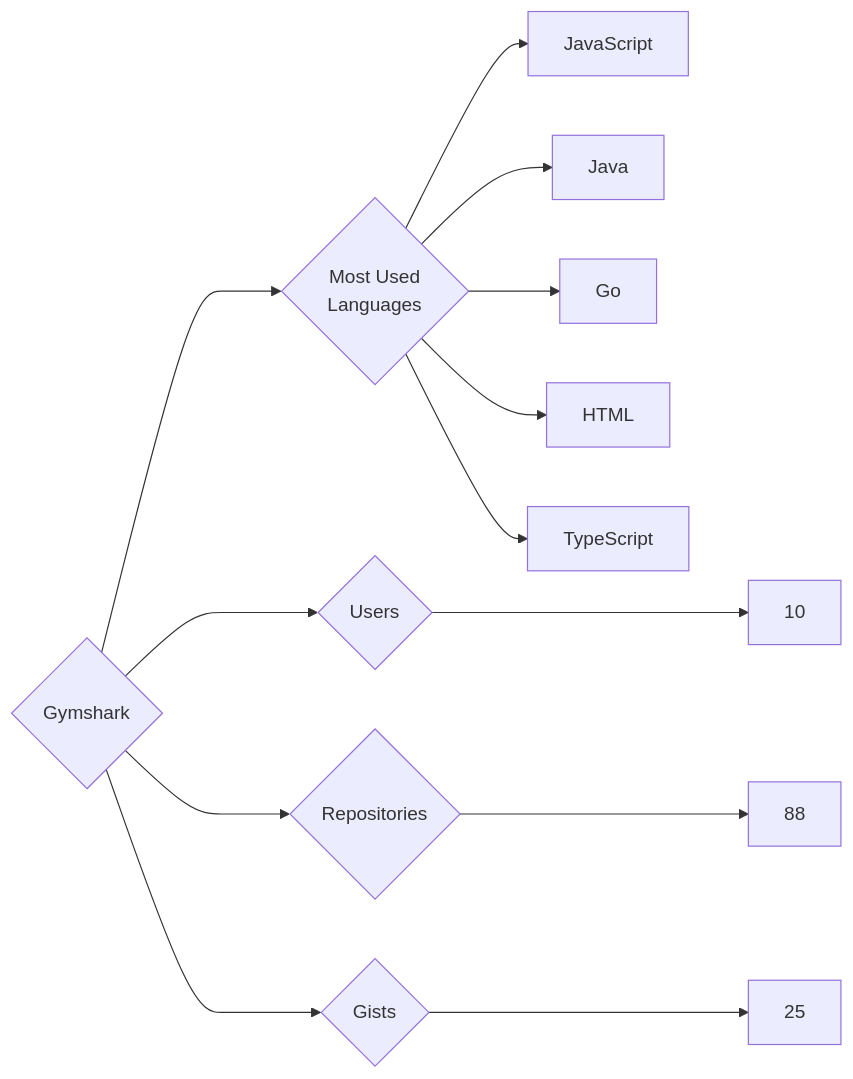
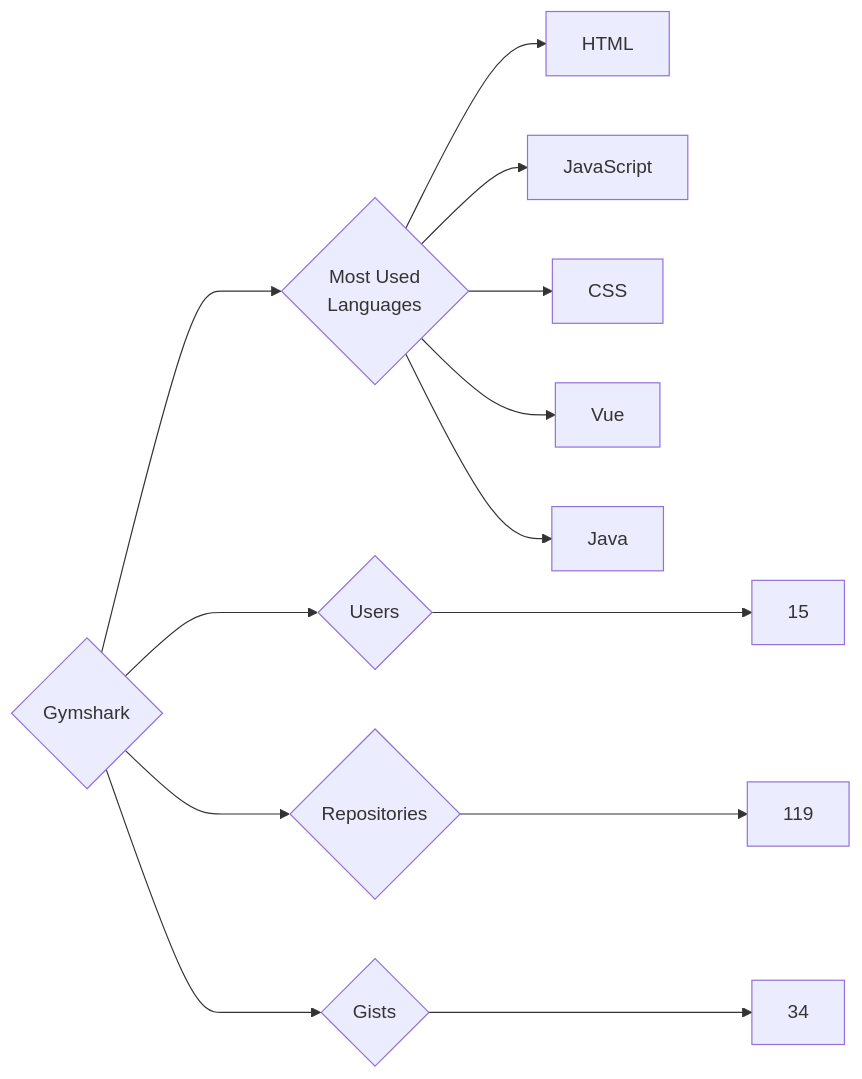
Before and after one commit to trickest/insiders: the diagram in targets/Gymshark/README.md, drawn with Mermaid. The commit also changed 826 other files, not shown here.

````diff
--- a/targets/Gymshark/README.md
+++ b/targets/Gymshark/README.md
@@ -3,13 +3,13 @@
 ```mermaid
 graph LR
 COMPANY_NAME{Gymshark}
-COMPANY_NAME ---> U{Users} ---> UN[10]
-COMPANY_NAME ---> R{Repositories} ---> RN[88]
-COMPANY_NAME ---> G{Gists} ---> GN[25]
+COMPANY_NAME ---> U{Users} ---> UN[15]
+COMPANY_NAME ---> R{Repositories} ---> RN[119]
+COMPANY_NAME ---> G{Gists} ---> GN[34]
 COMPANY_NAME ---> ML{Most Used<br>Languages}
+ML --> HTML[HTML]
 ML --> JavaScript[JavaScript]
+ML --> CSS[CSS]
+ML --> Vue[Vue]
 ML --> Java[Java]
-ML --> Go[Go]
-ML --> HTML[HTML]
-ML --> TypeScript[TypeScript]
 ```
````
